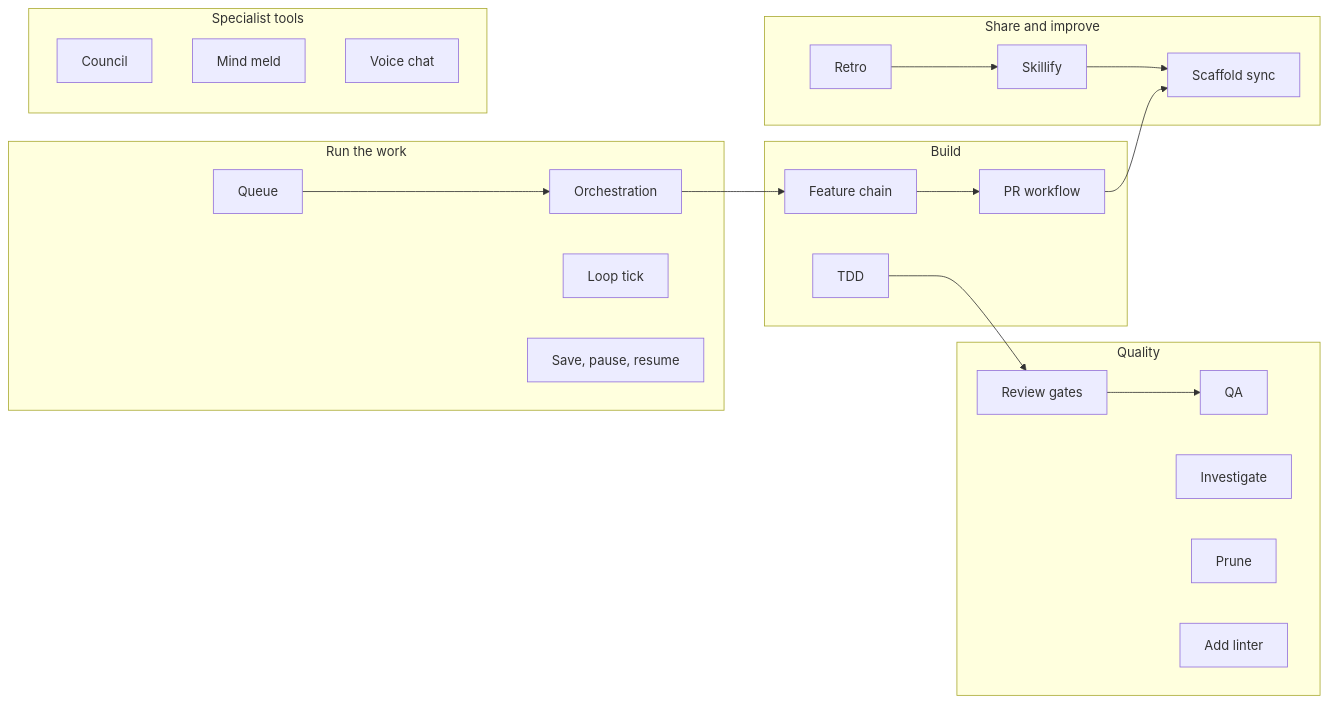
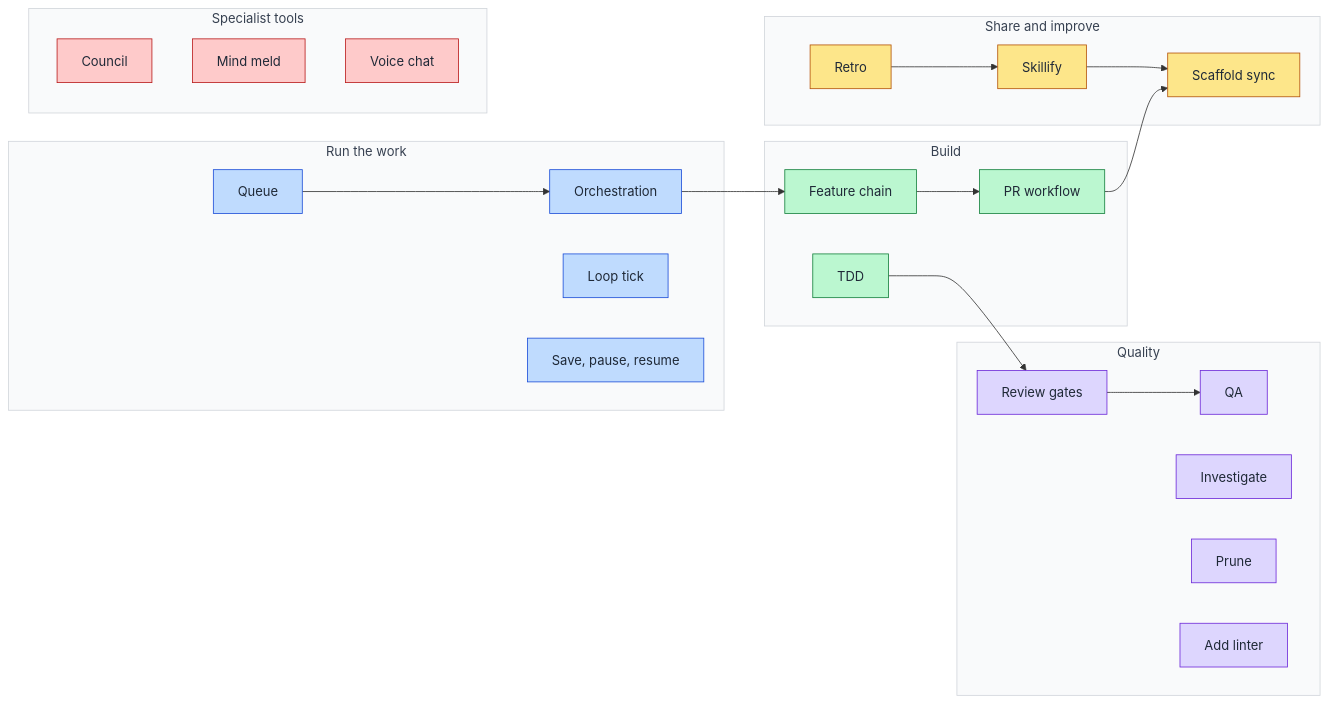
Before and after one commit to victusfate/scaffold: the diagram in docs/diagrams/pages/system-map.md, drawn with Mermaid. The commit also changed other lines of this file and 20 other files, not shown here.

First line of the commit message:
docs(diagram-explorer-md): lane colors from the diagram palette; short LLM block

````diff
--- a/docs/diagrams/pages/system-map.md
+++ b/docs/diagrams/pages/system-map.md
@@ -5,39 +5,54 @@
 ```mermaid
 flowchart LR
   subgraph l_run["Run the work"]
     n_orchestration["Orchestration"]
     n_queue["Queue"]
     n_loop["Loop tick"]
     n_continuity["Save, pause, resume"]
   end
   subgraph l_build["Build"]
     n_feature["Feature chain"]
     n_tdd["TDD"]
     n_pr["PR workflow"]
   end
   subgraph l_quality["Quality"]
     n_gates["Review gates"]
     n_qa["QA"]
     n_investigate["Investigate"]
     n_prune["Prune"]
     n_linter["Add linter"]
   end
   subgraph l_share["Share and improve"]
     n_sync["Scaffold sync"]
     n_skillify["Skillify"]
     n_retro["Retro"]
   end
   subgraph l_tools["Specialist tools"]
     n_council["Council"]
     n_mindmeld["Mind meld"]
     n_voice["Voice chat"]
   end
   n_queue --> n_orchestration
   n_orchestration --> n_feature
   n_feature --> n_pr
   n_pr --> n_sync
   n_tdd --> n_gates
   n_gates --> n_qa
   n_retro --> n_skillify
   n_skillify --> n_sync
+  classDef lane0 fill:#bfdbfe,stroke:#1d4ed8,color:#1f2937
+  classDef lane1 fill:#bbf7d0,stroke:#15803d,color:#1f2937
+  classDef lane2 fill:#ddd6fe,stroke:#6d28d9,color:#1f2937
+  classDef lane3 fill:#fde68a,stroke:#b45309,color:#1f2937
+  classDef lane4 fill:#fecaca,stroke:#b91c1c,color:#1f2937
+  class n_orchestration,n_queue,n_loop,n_continuity lane0
+  class n_feature,n_tdd,n_pr lane1
+  class n_gates,n_qa,n_investigate,n_prune,n_linter lane2
+  class n_sync,n_skillify,n_retro lane3
+  class n_council,n_mindmeld,n_voice lane4
+  style l_run fill:#f9fafb,stroke:#d1d5db,color:#374151
+  style l_build fill:#f9fafb,stroke:#d1d5db,color:#374151
+  style l_quality fill:#f9fafb,stroke:#d1d5db,color:#374151
+  style l_share fill:#f9fafb,stroke:#d1d5db,color:#374151
+  style l_tools fill:#f9fafb,stroke:#d1d5db,color:#374151
 ```
````
